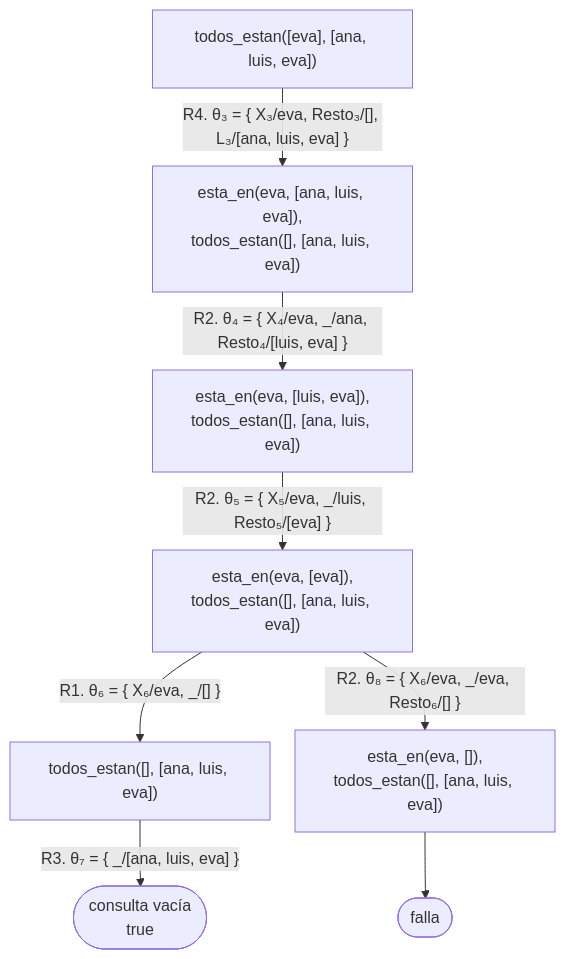
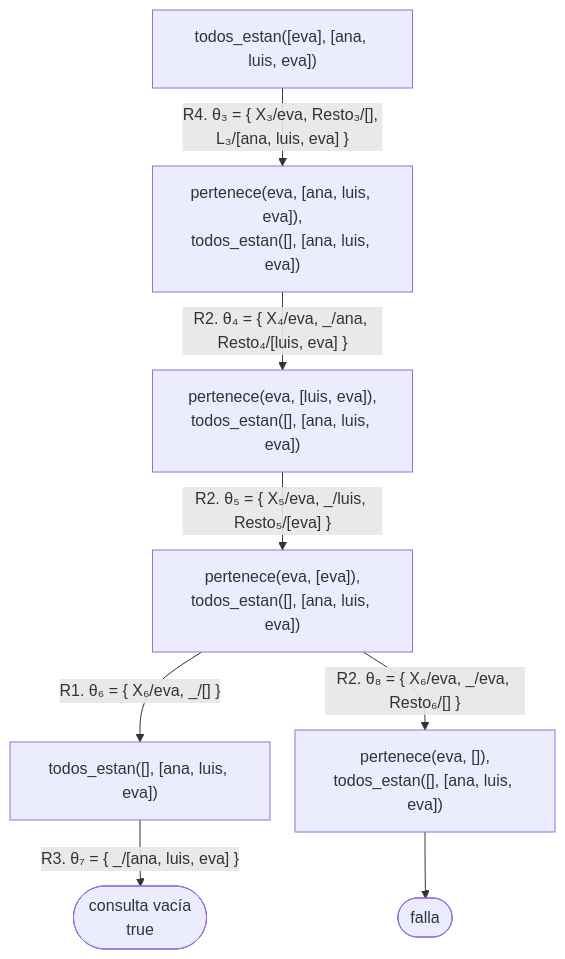
The fourth of 10 diagrams in docs/capitulo-07-listas/index.md (CesarBallardini/curso-de-prolog), drawn with Mermaid before and after one commit. The commit also changed other lines of this file and 3274 other files, not shown here.

````diff
--- a/docs/capitulo-07-listas/index.md
+++ b/docs/capitulo-07-listas/index.md
@@ -266,12 +266,12 @@
 ```mermaid
 %%{init: {"flowchart": {"rankSpacing": 30, "nodeSpacing": 25}}}%%
 flowchart TD
     C["todos_estan([eva], [ana, luis, eva])"]
-    C -- "R4. θ₃ = {&nbsp;X₃/eva, Resto₃/[], L₃/[ana, luis, eva]&nbsp;}" --> D["esta_en(eva, [ana, luis, eva]),<br/>todos_estan([], [ana, luis, eva])"]
-    D -- "R2. θ₄ = {&nbsp;X₄/eva, _/ana, Resto₄/[luis, eva]&nbsp;}" --> E["esta_en(eva, [luis, eva]),<br/>todos_estan([], [ana, luis, eva])"]
-    E -- "R2. θ₅ = {&nbsp;X₅/eva, _/luis, Resto₅/[eva]&nbsp;}" --> F["esta_en(eva, [eva]),<br/>todos_estan([], [ana, luis, eva])"]
+    C -- "R4. θ₃ = {&nbsp;X₃/eva, Resto₃/[], L₃/[ana, luis, eva]&nbsp;}" --> D["pertenece(eva, [ana, luis, eva]),<br/>todos_estan([], [ana, luis, eva])"]
+    D -- "R2. θ₄ = {&nbsp;X₄/eva, _/ana, Resto₄/[luis, eva]&nbsp;}" --> E["pertenece(eva, [luis, eva]),<br/>todos_estan([], [ana, luis, eva])"]
+    E -- "R2. θ₅ = {&nbsp;X₅/eva, _/luis, Resto₅/[eva]&nbsp;}" --> F["pertenece(eva, [eva]),<br/>todos_estan([], [ana, luis, eva])"]
     F -- "R1. θ₆ = {&nbsp;X₆/eva, _/[]&nbsp;}" --> G["todos_estan([], [ana, luis, eva])"]
-    F -- "R2. θ₈ = {&nbsp;X₆/eva, _/eva, Resto₆/[]&nbsp;}" --> H["esta_en(eva, []),<br/>todos_estan([], [ana, luis, eva])"]
+    F -- "R2. θ₈ = {&nbsp;X₆/eva, _/eva, Resto₆/[]&nbsp;}" --> H["pertenece(eva, []),<br/>todos_estan([], [ana, luis, eva])"]
     G -- "R3. θ₇ = {&nbsp;_/[ana, luis, eva]&nbsp;}" --> S(["consulta vacía<br/>true"])
     H --> F1(["falla"])
 ```
````
